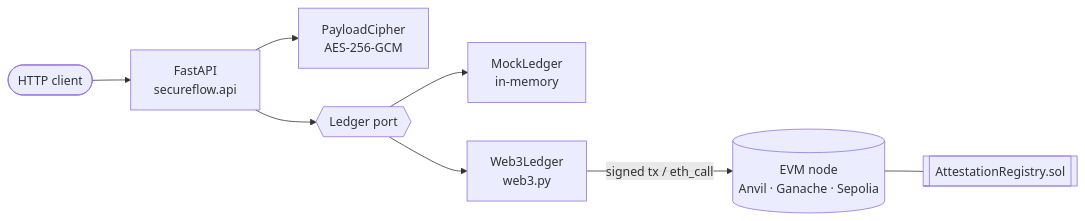
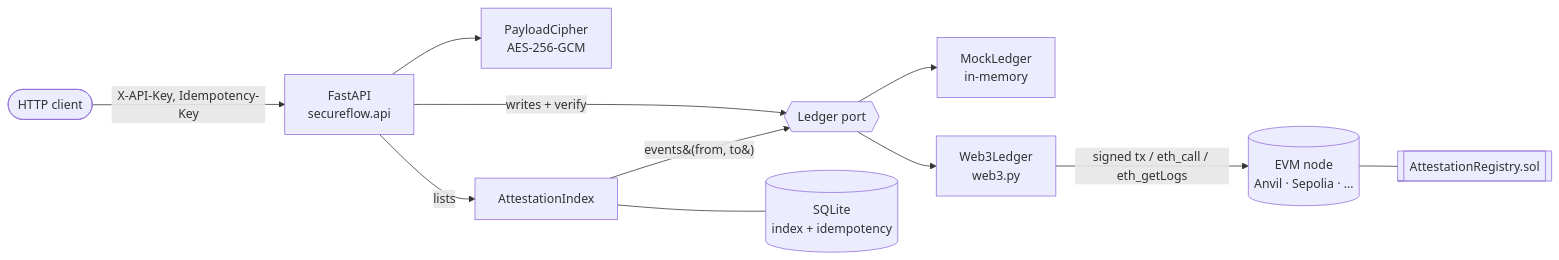
Before and after one commit to HelioAnalyst/secureflow: the diagram in README.md, drawn with Mermaid. The commit also changed other lines of this file and 28 other files, not shown here.

````diff
--- a/README.md
+++ b/README.md
@@ -43,10 +48,13 @@
 ```mermaid
 flowchart LR
-    client([HTTP client]) --> api[FastAPI<br/>secureflow.api]
+    client([HTTP client]) -->|X-API-Key, Idempotency-Key| api[FastAPI<br/>secureflow.api]
     api --> crypto[PayloadCipher<br/>AES-256-GCM]
-    api --> port{{Ledger port}}
+    api -->|writes + verify| port{{Ledger port}}
+    api -->|lists| index[AttestationIndex]
+    index -->|events&#40;from, to&#41;| port
+    index --- db[(SQLite<br/>index + idempotency)]
     port --> mock[MockLedger<br/>in-memory]
     port --> w3[Web3Ledger<br/>web3.py]
-    w3 -- signed tx / eth_call --> node[(EVM node<br/>Anvil · Ganache · Sepolia)]
+    w3 -- signed tx / eth_call / eth_getLogs --> node[(EVM node<br/>Anvil · Sepolia · …)]
     node --- contract[[AttestationRegistry.sol]]
 ```
````
